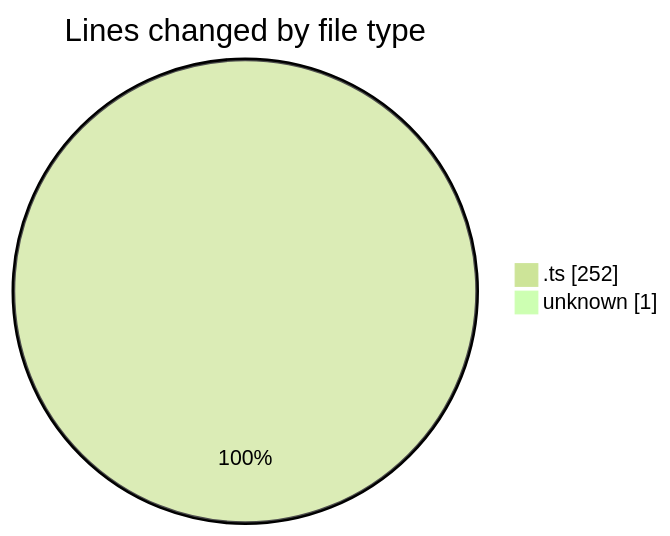
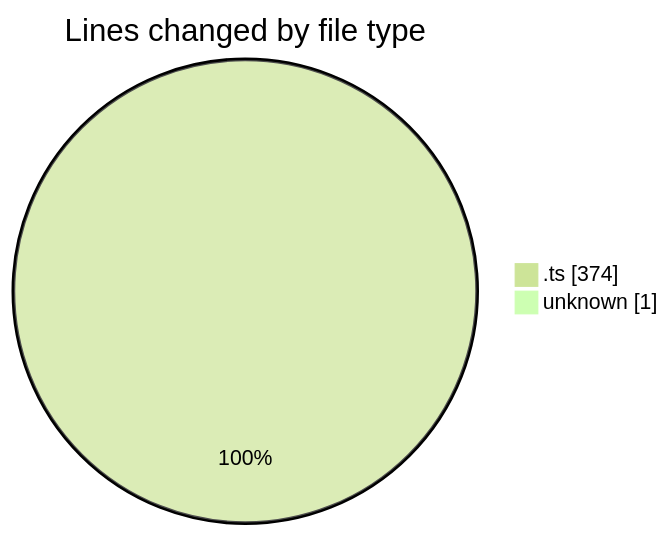
The first of 2 diagrams in 2025-02-17/mbc-web/README.md (robertbonfada/code-tracking), drawn with Mermaid (forest theme) before and after one commit. The commit also changed other lines of this file and 1 other file, not shown here.

````diff
--- a/2025-02-17/mbc-web/README.md
+++ b/2025-02-17/mbc-web/README.md
@@ -23,6 +24,6 @@
 ```mermaid
 pie showData
 title Lines changed by file type
-".ts" : 252
+".ts" : 374
 "unknown" : 1
 ```
````
